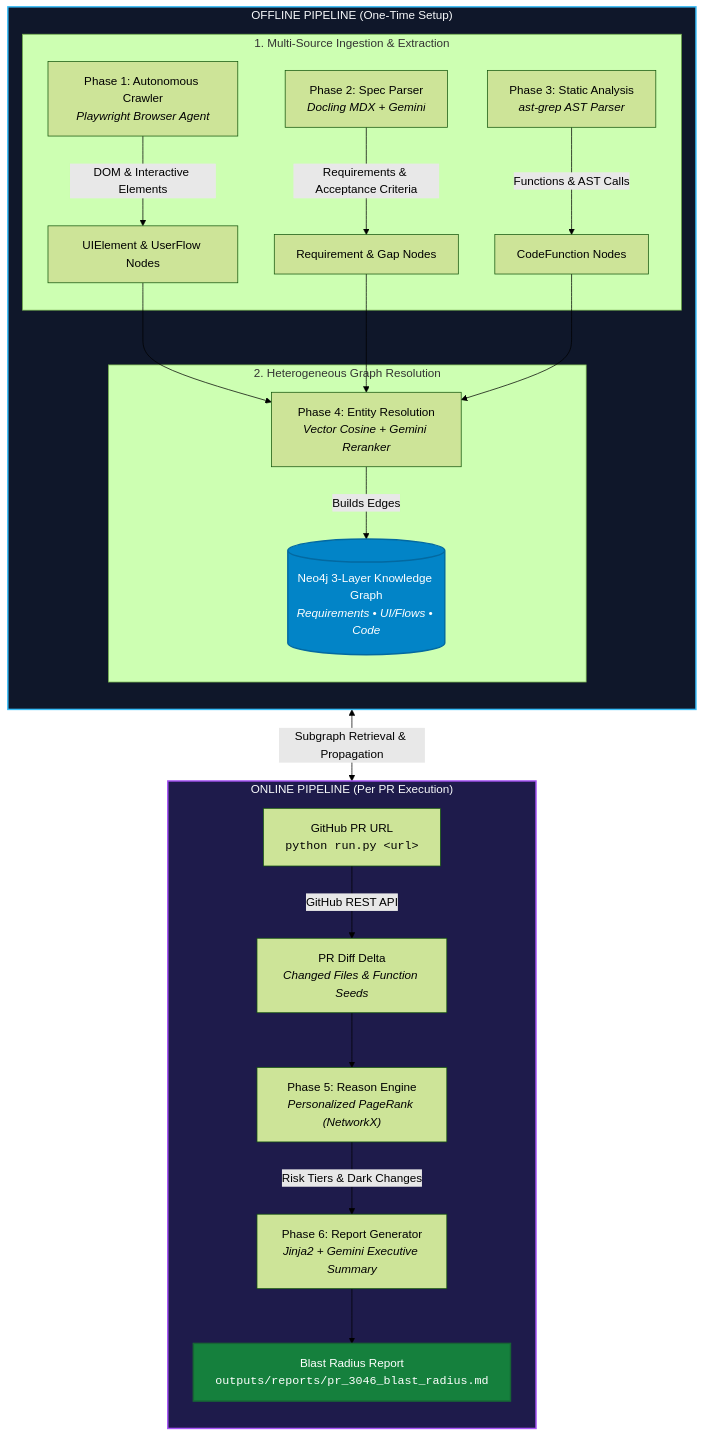
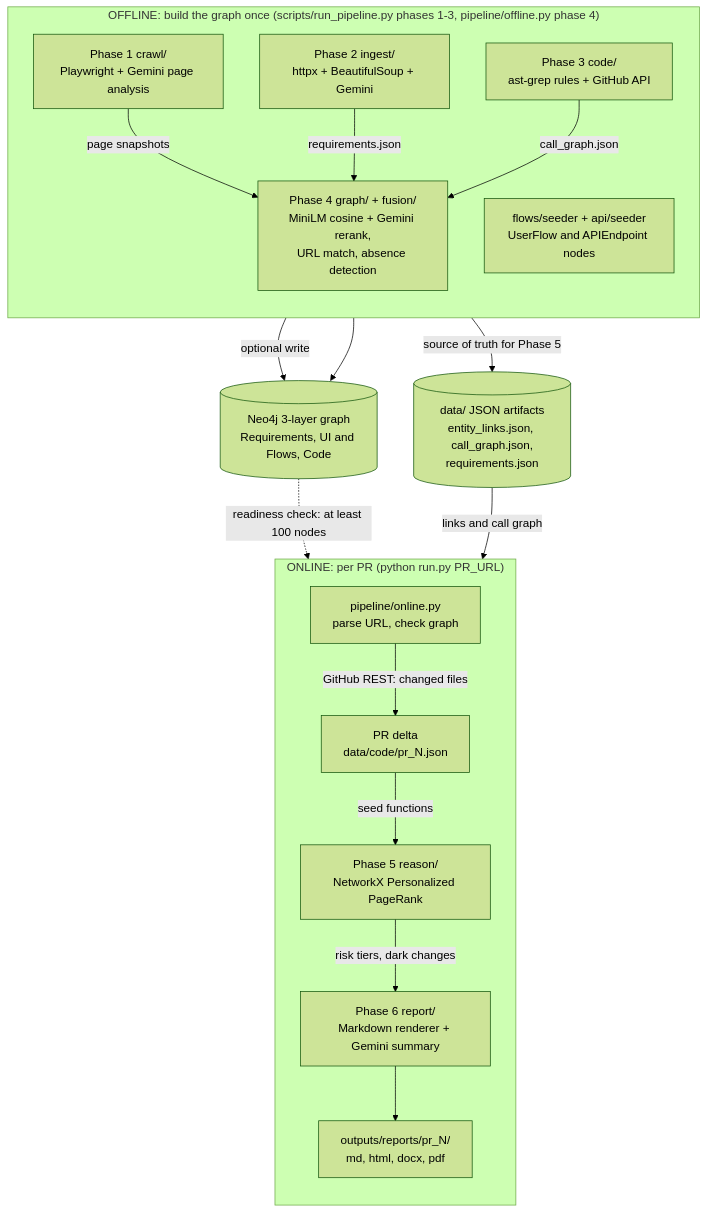
The first of 2 diagrams in README.md (The-Harsh-Vardhan/CASCADE), drawn with Mermaid (forest theme) before and after one commit. The commit also changed other lines of this file, not shown here.

First line of the commit message:
docs: restructure README, align quickstart and architecture diagram with code

````diff
--- a/README.md
+++ b/README.md
@@ -106,33 +32,37 @@
 ```mermaid
 flowchart TB
-    subgraph OfflinePipeline["OFFLINE PIPELINE (One-Time Setup)"]
+    subgraph OFF["OFFLINE: build the graph once (scripts/run_pipeline.py phases 1-3, pipeline/offline.py phase 4)"]
         direction TB
-        subgraph Ingestion["1. Multi-Source Ingestion & Extraction"]
-            P1["Phase 1: Autonomous Crawler<br/><i>Playwright Browser Agent</i>"] -->|DOM & Interactive Elements| UI_Nodes["UIElement & UserFlow Nodes"]
-            P2["Phase 2: Spec Parser<br/><i>Docling MDX + Gemini</i>"] -->|Requirements & Acceptance Criteria| REQ_Nodes["Requirement & Gap Nodes"]
-            P3["Phase 3: Static Analysis<br/><i>ast-grep AST Parser</i>"] -->|Functions & AST Calls| CODE_Nodes["CodeFunction Nodes"]
-        end
-
-        subgraph GraphBuild["2. Heterogeneous Graph Resolution"]
-            P4["Phase 4: Entity Resolution<br/><i>Vector Cosine + Gemini Reranker</i>"]
-            UI_Nodes --> P4
-            REQ_Nodes --> P4
-            CODE_Nodes --> P4
-            P4 -->|Builds Edges| Neo4j[("Neo4j 3-Layer Knowledge Graph<br/><i>Requirements • UI/Flows • Code</i>")]
-        end
+        P1["Phase 1 crawl/<br/>Playwright + Gemini page analysis"]
+        P2["Phase 2 ingest/<br/>httpx + BeautifulSoup + Gemini"]
+        P3["Phase 3 code/<br/>ast-grep rules + GitHub API"]
+        P4["Phase 4 graph/ + fusion/<br/>MiniLM cosine + Gemini rerank,<br/>URL match, absence detection"]
+        Seed["flows/seeder + api/seeder<br/>UserFlow and APIEndpoint nodes"]
+        P1 -->|page snapshots| P4
+        P2 -->|requirements.json| P4
+        P3 -->|call_graph.json| P4
     end
 
-    subgraph OnlinePipeline["ONLINE PIPELINE (Per PR Execution)"]
+    Art[("data/ JSON artifacts<br/>entity_links.json, call_graph.json,<br/>requirements.json")]
+    Neo[("Neo4j 3-layer graph<br/>Requirements, UI and Flows, Code")]
+
+    P4 -->|source of truth for Phase 5| Art
+    P4 -->|optional write| Neo
+    Seed --> Neo
+
+    subgraph ON["ONLINE: per PR (python run.py PR_URL)"]
         direction TB
-        PR["GitHub PR URL<br/><code>python run.py &lt;url&gt;</code>"] -->|GitHub REST API| Diff["PR Diff Delta<br/><i>Changed Files & Function Seeds</i>"]
-        Diff --> P5["Phase 5: Reason Engine<br/><i>Personalized PageRank (NetworkX)</i>"]
-        Neo4j <-->|Subgraph Retrieval & Propagation| P5
-        P5 -->|Risk Tiers & Dark Changes| P6["Phase 6: Report Generator<br/><i>Jinja2 + Gemini Executive Summary</i>"]
-        P6 --> Report["Blast Radius Report<br/><code>outputs/reports/pr_3046_blast_radius.md</code>"]
+        Run["pipeline/online.py<br/>parse URL, check graph"]
+        Delta["PR delta<br/>data/code/pr_N.json"]
+        P5["Phase 5 reason/<br/>NetworkX Personalized PageRank"]
+        P6["Phase 6 report/<br/>Markdown renderer + Gemini summary"]
+        Out["outputs/reports/pr_N/<br/>md, html, docx, pdf"]
+        Run -->|GitHub REST: changed files| Delta
+        Delta -->|seed functions| P5
+        P5 -->|risk tiers, dark changes| P6
+        P6 --> Out
     end
 
-    style OfflinePipeline fill:#0f172a,stroke:#38bdf8,stroke-width:2px,color:#f8fafc
-    style OnlinePipeline fill:#1e1b4b,stroke:#a855f7,stroke-width:2px,color:#f8fafc
-    style Neo4j fill:#0284c7,stroke:#0369a1,stroke-width:2px,color:#fff
-    style Report fill:#15803d,stroke:#166534,stroke-width:2px,color:#fff
+    Neo -.->|readiness check: at least 100 nodes| Run
+    Art -->|links and call graph| P5
 ```
````
